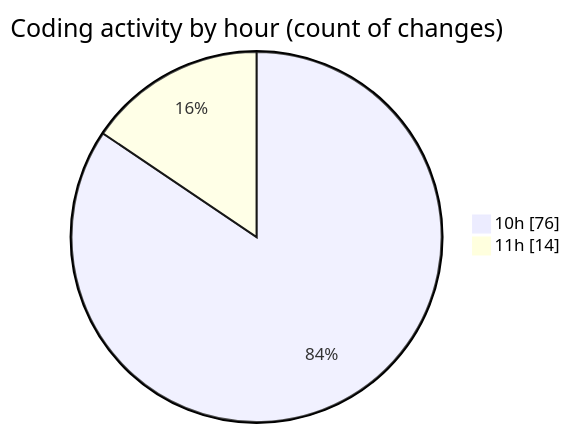
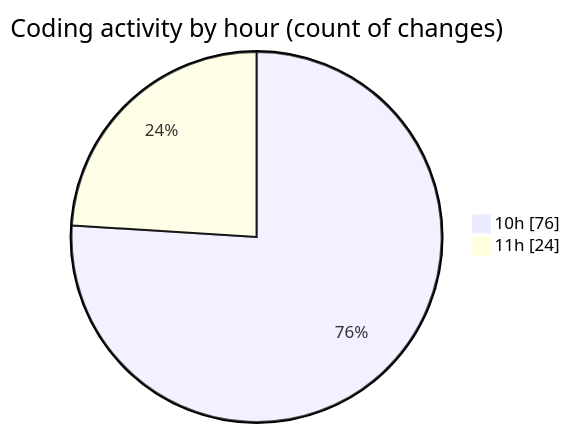
The second of 2 diagrams in 2025-08-18/vps-v1/README.md (lephambinh05/code-tracking), drawn with Mermaid before and after one commit. The commit also changed other lines of this file and 1 other file, not shown here.

````diff
--- a/2025-08-18/vps-v1/README.md
+++ b/2025-08-18/vps-v1/README.md
@@ -80,6 +87,6 @@
 ```mermaid
 pie showData
 title Coding activity by hour (count of changes)
 "10h" : 76
-"11h" : 14
+"11h" : 24
 ```
````
